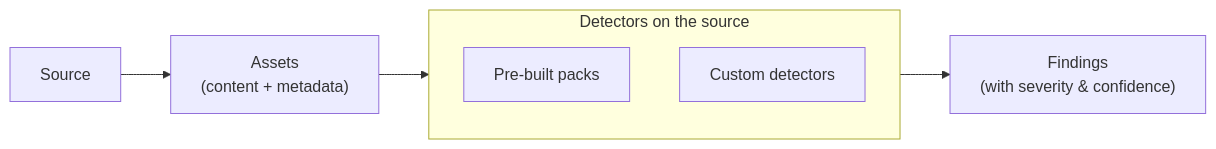
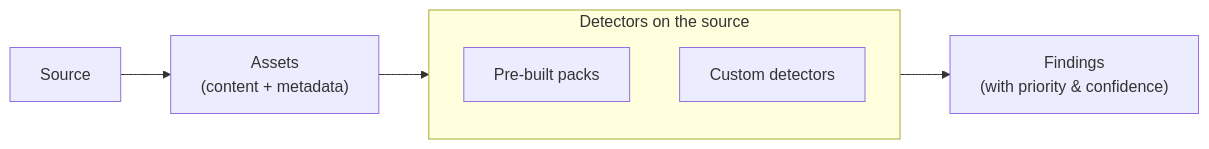
The diagram in apps/docs/app/detectors/page.mdx (classifyre/classifyre), drawn with Mermaid before and after one commit. The commit also changed other lines of this file and 96 other files, not shown here.

````diff
--- a/apps/docs/app/detectors/page.mdx
+++ b/apps/docs/app/detectors/page.mdx
@@ -21,10 +21,10 @@
 ```mermaid
 graph LR
     Source["Source"] --> Asset["Assets<br/>(content + metadata)"]
     Asset --> Detectors
     subgraph Detectors["Detectors on the source"]
         Pre["Pre-built packs"]
         Custom["Custom detectors"]
     end
-    Detectors --> Finding["Findings<br/>(with severity & confidence)"]
+    Detectors --> Finding["Findings<br/>(with priority & confidence)"]
 ```
````
